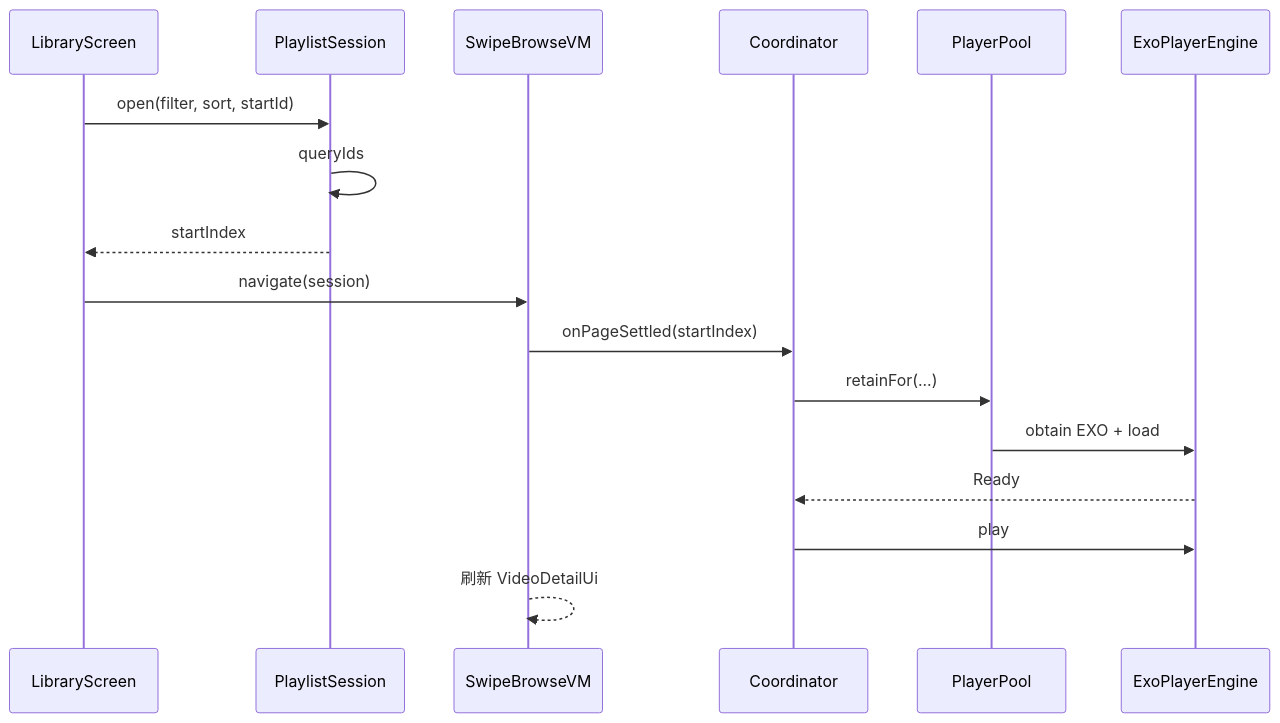
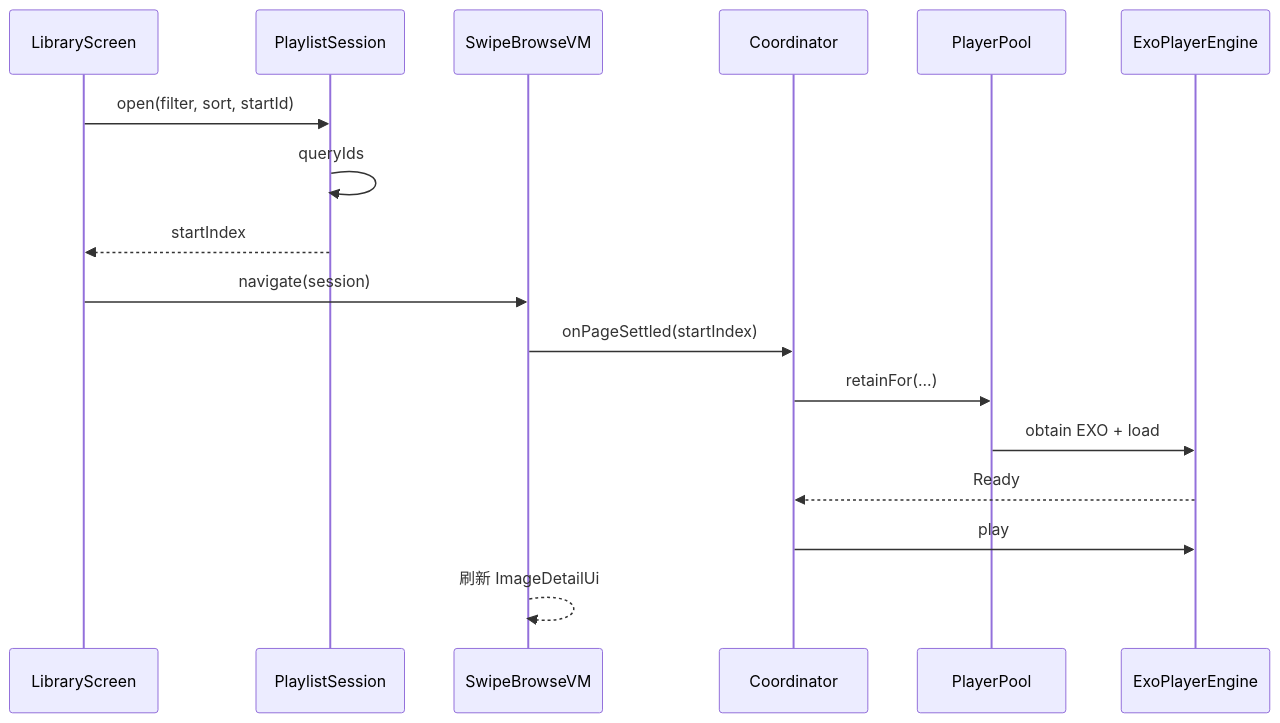
Before and after one commit to vf2e/mfp: the second of 4 diagrams in docs/滑动播放模块类图级详设_V1.0.md, drawn with Mermaid. The commit also changed other lines of this file and 126 other files, not shown here.

First line of the commit message:
feat: 过图首版——本地图片滑动筛选与剪切整理

````diff
--- a/docs/滑动播放模块类图级详设_V1.0.md
+++ b/docs/滑动播放模块类图级详设_V1.0.md
@@ -462,20 +462,20 @@
 ```mermaid
 sequenceDiagram
   participant Lib as LibraryScreen
   participant PS as PlaylistSession
   participant VM as SwipeBrowseVM
   participant Coord as Coordinator
   participant Pool as PlayerPool
   participant Exo as ExoPlayerEngine
 
   Lib->>PS: open(filter, sort, startId)
   PS->>PS: queryIds
   PS-->>Lib: startIndex
   Lib->>VM: navigate(session)
   VM->>Coord: onPageSettled(startIndex)
   Coord->>Pool: retainFor(...)
   Pool->>Exo: obtain EXO + load
   Exo-->>Coord: Ready
   Coord->>Exo: play
-  VM-->>VM: 刷新 VideoDetailUi
+  VM-->>VM: 刷新 ImageDetailUi
 ```
````
